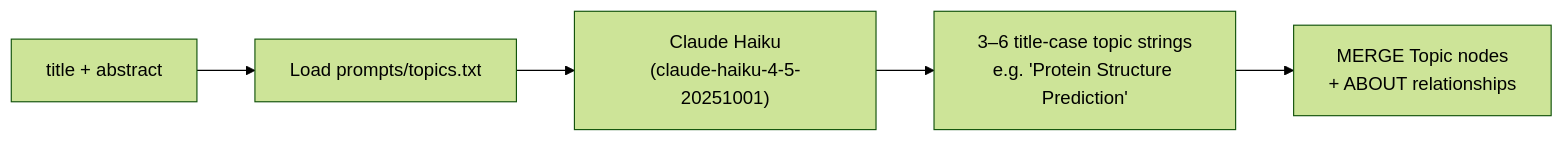
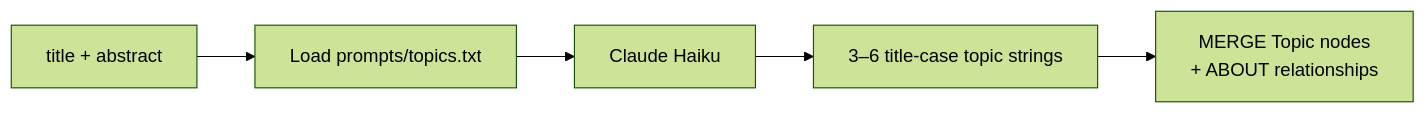
One commit to NiklasAbraham/PaperManager changed the third of 14 diagrams in docs/technical/ai-pipelines.md. Above: the diagram before and after it, drawn with Mermaid (forest theme). The commit also changed other lines of this file and 43 other files, not shown here.

````diff
--- a/docs/technical/ai-pipelines.md
+++ b/docs/technical/ai-pipelines.md
@@ -86,7 +80,7 @@
 ```mermaid
 flowchart LR
     A["title + abstract"] --> P["Load prompts/topics.txt"]
-    P --> C["Claude Haiku\n(claude-haiku-4-5-20251001)"]
-    C --> T["3–6 title-case topic strings\ne.g. 'Protein Structure Prediction'"]
+    P --> C["Claude Haiku"]
+    C --> T["3–6 title-case topic strings"]
     T --> DB["MERGE Topic nodes\n+ ABOUT relationships"]
 ```
````
